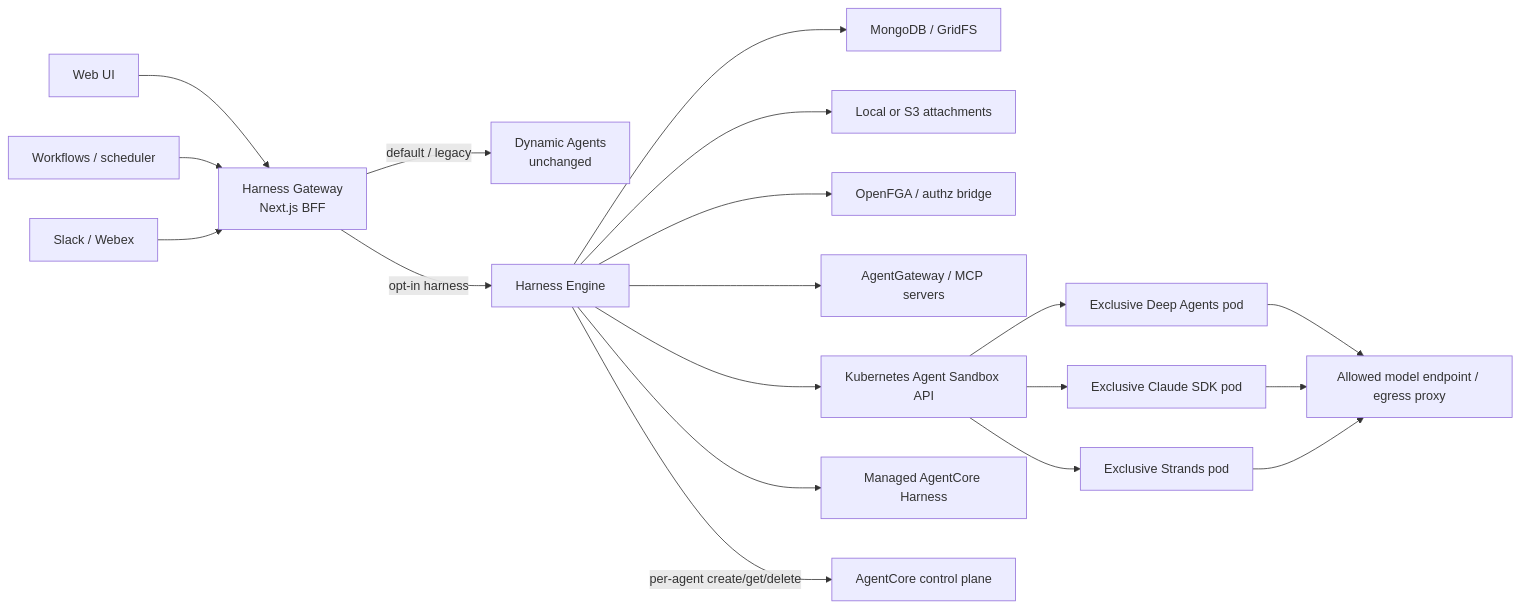
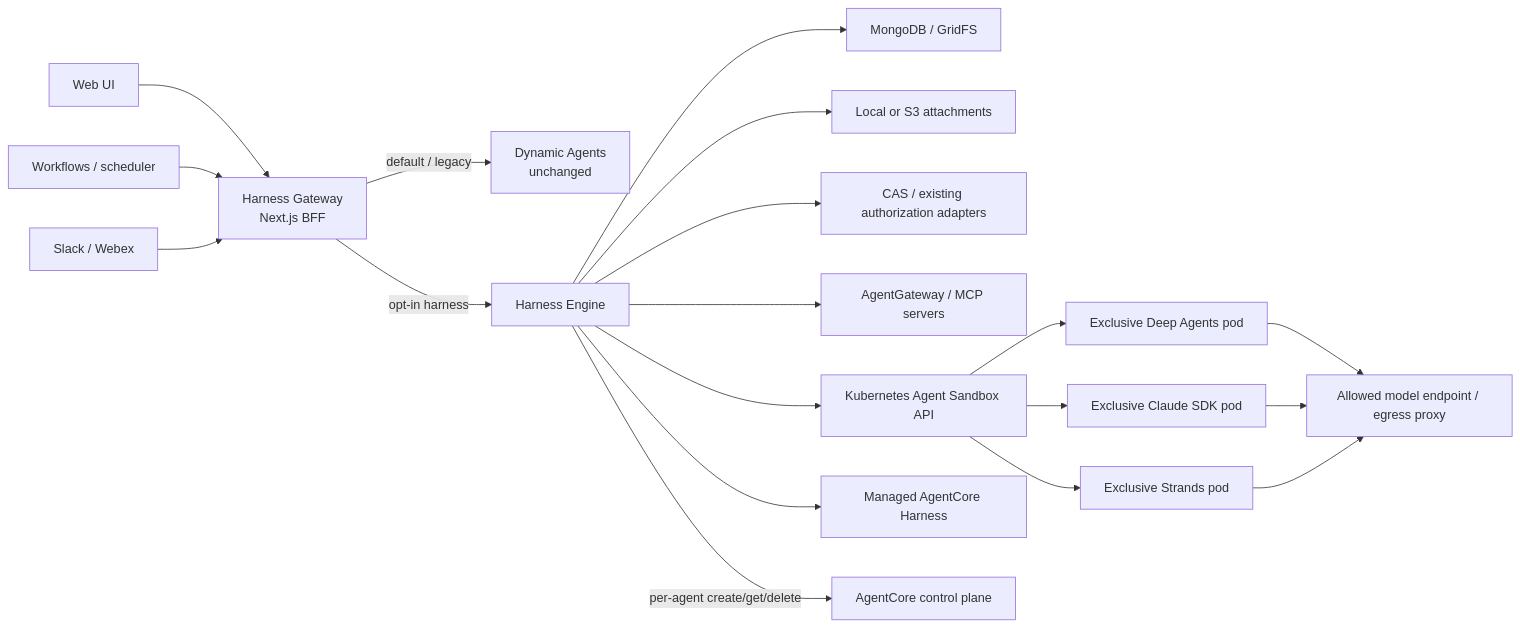
One commit to cnoe-io/ai-platform-engineering changed the first of 13 diagrams in docs/docs/specs/2026-08-17-harness-engine/architecture.md. Above: the diagram before and after it, drawn with Mermaid. The commit also changed other lines of this file and 8 other files, not shown here.

````diff
--- a/docs/docs/specs/2026-08-17-harness-engine/architecture.md
+++ b/docs/docs/specs/2026-08-17-harness-engine/architecture.md
@@ -9,21 +13,21 @@
 ```mermaid
 flowchart LR
     UI["Web UI"] --> HG["Harness Gateway\nNext.js BFF"]
     WF["Workflows / scheduler"] --> HG
     BOT["Slack / Webex"] --> HG
     HG -->|"default / legacy"| DA["Dynamic Agents\nunchanged"]
     HG -->|"opt-in harness"| HE["Harness Engine"]
     HE --> DB["MongoDB / GridFS"]
     HE --> OBJ["Local or S3 attachments"]
-    HE --> FGA["OpenFGA / authz bridge"]
+    HE --> AUTHZ["CAS / existing authorization adapters"]
     HE --> GW["AgentGateway / MCP servers"]
     HE --> KAS["Kubernetes Agent Sandbox API"]
     KAS --> P1["Exclusive Deep Agents pod"]
     KAS --> P2["Exclusive Claude SDK pod"]
     KAS --> P3["Exclusive Strands pod"]
     P1 --> LLM["Allowed model endpoint / egress proxy"]
     P2 --> LLM
     P3 --> LLM
     HE --> AC["Managed AgentCore Harness"]
     HE -->|"per-agent create/get/delete"| ACCP["AgentCore control plane"]
 ```
````
